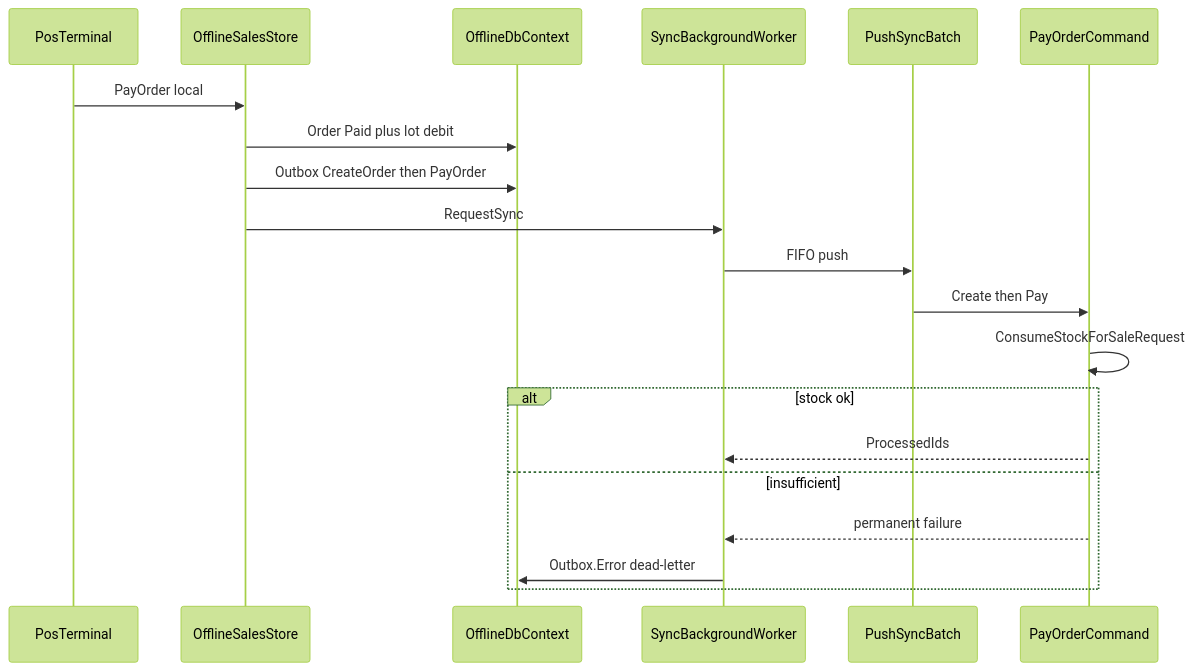
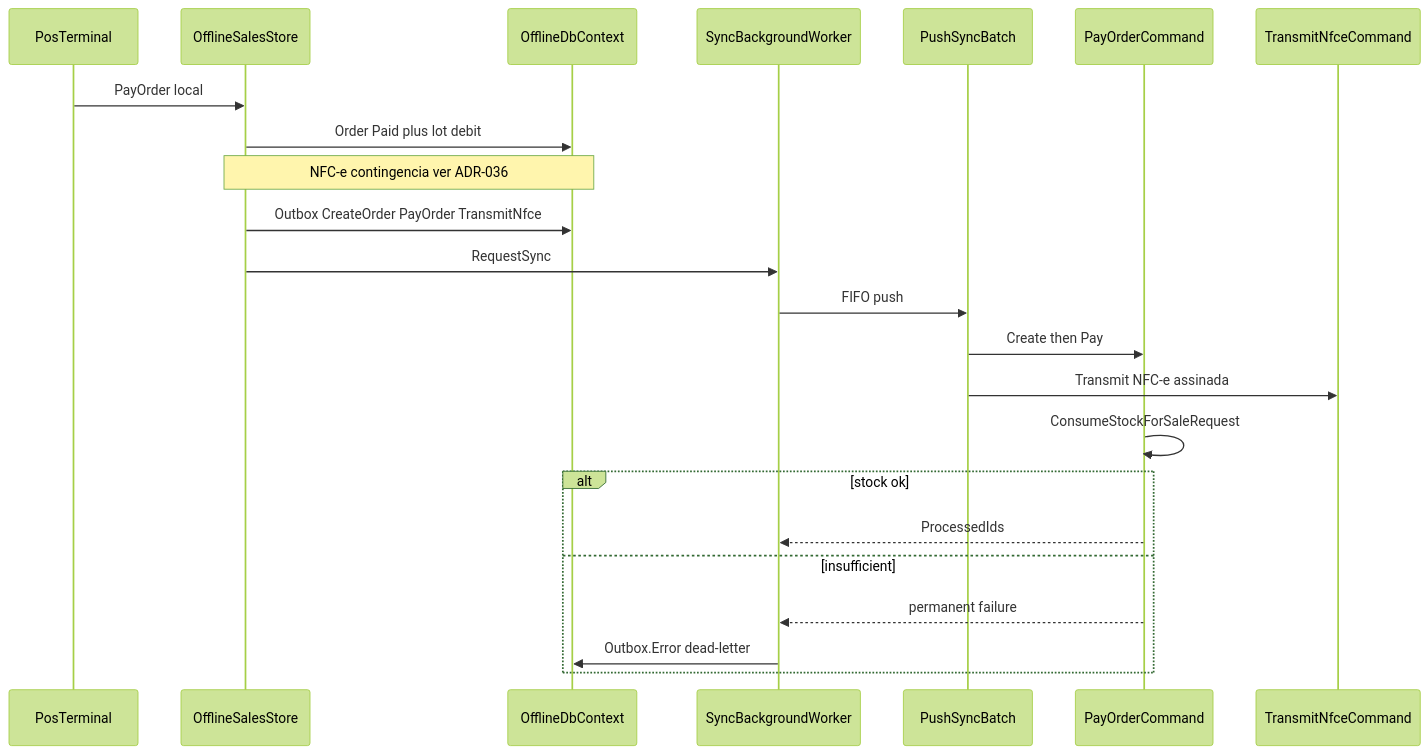
One commit to ronaldocestrela/sysvet changed the diagram in docs/diagramas/pdv-offline-sync.mmd. Above: the diagram before and after it, drawn with Mermaid (forest theme). The commit also changed 74 other files, not shown here.

```diff
--- a/docs/diagramas/pdv-offline-sync.mmd
+++ b/docs/diagramas/pdv-offline-sync.mmd
@@ -1,21 +1,24 @@
 sequenceDiagram
     participant Pos as PosTerminal
     participant Store as OfflineSalesStore
     participant Sqlite as OfflineDbContext
     participant Worker as SyncBackgroundWorker
     participant Api as PushSyncBatch
     participant Pay as PayOrderCommand
+    participant Fiscal as TransmitNfceCommand
 
     Pos->>Store: PayOrder local
     Store->>Sqlite: Order Paid plus lot debit
-    Store->>Sqlite: Outbox CreateOrder then PayOrder
+    Note over Store,Sqlite: NFC-e contingencia ver ADR-036
+    Store->>Sqlite: Outbox CreateOrder PayOrder TransmitNfce
     Store->>Worker: RequestSync
     Worker->>Api: FIFO push
     Api->>Pay: Create then Pay
+    Api->>Fiscal: Transmit NFC-e assinada
     Pay->>Pay: ConsumeStockForSaleRequest
     alt stock ok
         Pay-->>Worker: ProcessedIds
     else insufficient
         Pay-->>Worker: permanent failure
         Worker->>Sqlite: Outbox.Error dead-letter
     end
```
